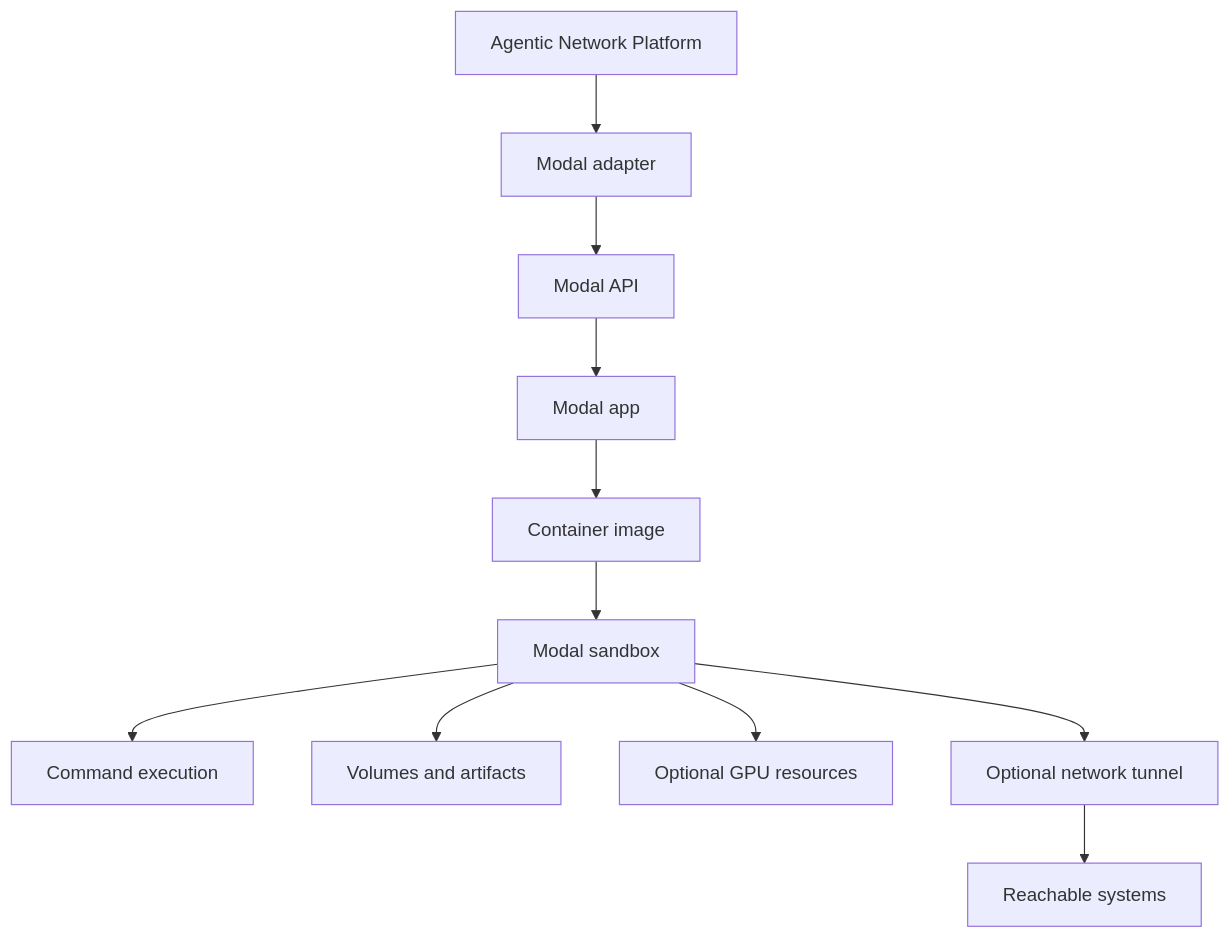
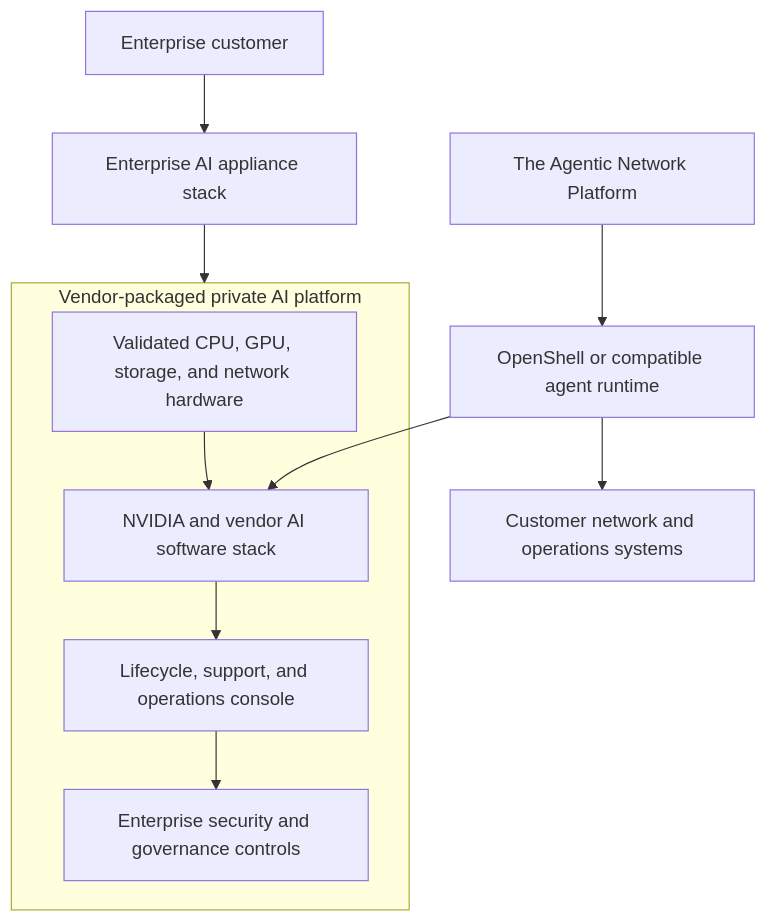
The fifth of 7 diagrams in docs/architecture/runtime-execution-environment-evaluation.md (ColtMercer/the-agentic-network-platform), drawn with Mermaid before and after one commit. The commit also changed other lines of this file and 1 other file, not shown here.

Commit message:
Update runtime competitor landscape

````diff
--- a/docs/architecture/runtime-execution-environment-evaluation.md
+++ b/docs/architecture/runtime-execution-environment-evaluation.md
@@ -535,25 +316,25 @@
 ```mermaid
 flowchart TB
-    platform["Agentic Network Platform"]
-    adapter["Modal adapter"]
-    modalapi["Modal API"]
-    app["Modal app"]
-    image["Container image"]
-    sandbox["Modal sandbox"]
-    exec["Command execution"]
-    volumes["Volumes and artifacts"]
-    gpu["Optional GPU resources"]
-    tunnel["Optional network tunnel"]
-    network["Reachable systems"]
+    enterprise["Enterprise customer"]
+    appliance["Enterprise AI appliance stack"]
 
-    platform --> adapter
-    adapter --> modalapi
-    modalapi --> app
-    app --> image
-    image --> sandbox
-    sandbox --> exec
-    sandbox --> volumes
-    sandbox --> gpu
-    sandbox --> tunnel
-    tunnel --> network
+    subgraph vendorStack["Vendor-packaged private AI platform"]
+        hardware["Validated CPU, GPU, storage, and network hardware"]
+        aiSoftware["NVIDIA and vendor AI software stack"]
+        management["Lifecycle, support, and operations console"]
+        security["Enterprise security and governance controls"]
+    end
+
+    platform["The Agentic Network Platform"]
+    openshell["OpenShell or compatible agent runtime"]
+    network["Customer network and operations systems"]
+
+    enterprise --> appliance
+    appliance --> vendorStack
+    hardware --> aiSoftware
+    aiSoftware --> management
+    management --> security
+    platform --> openshell
+    openshell --> aiSoftware
+    openshell --> network
 ```
````
